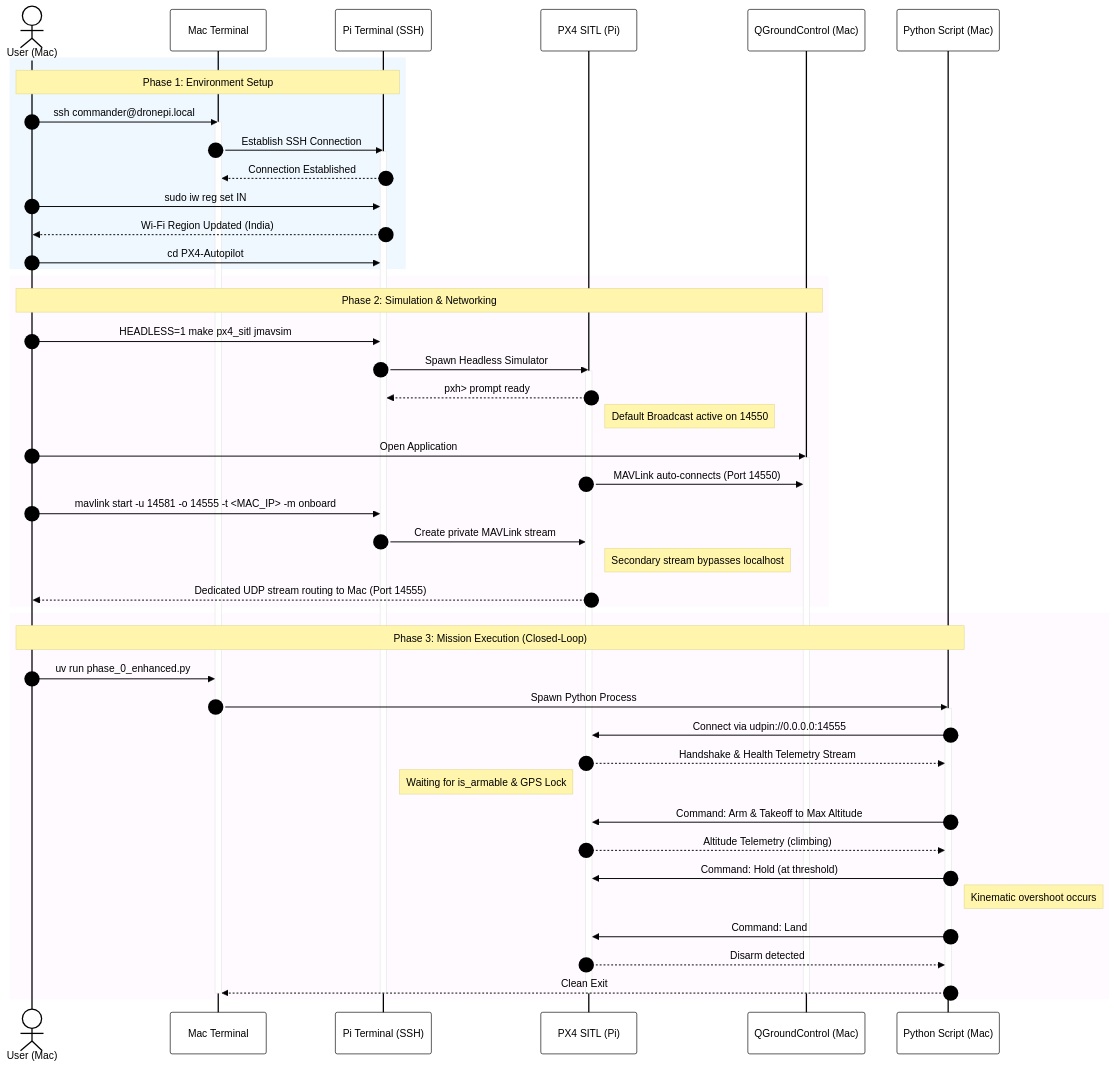
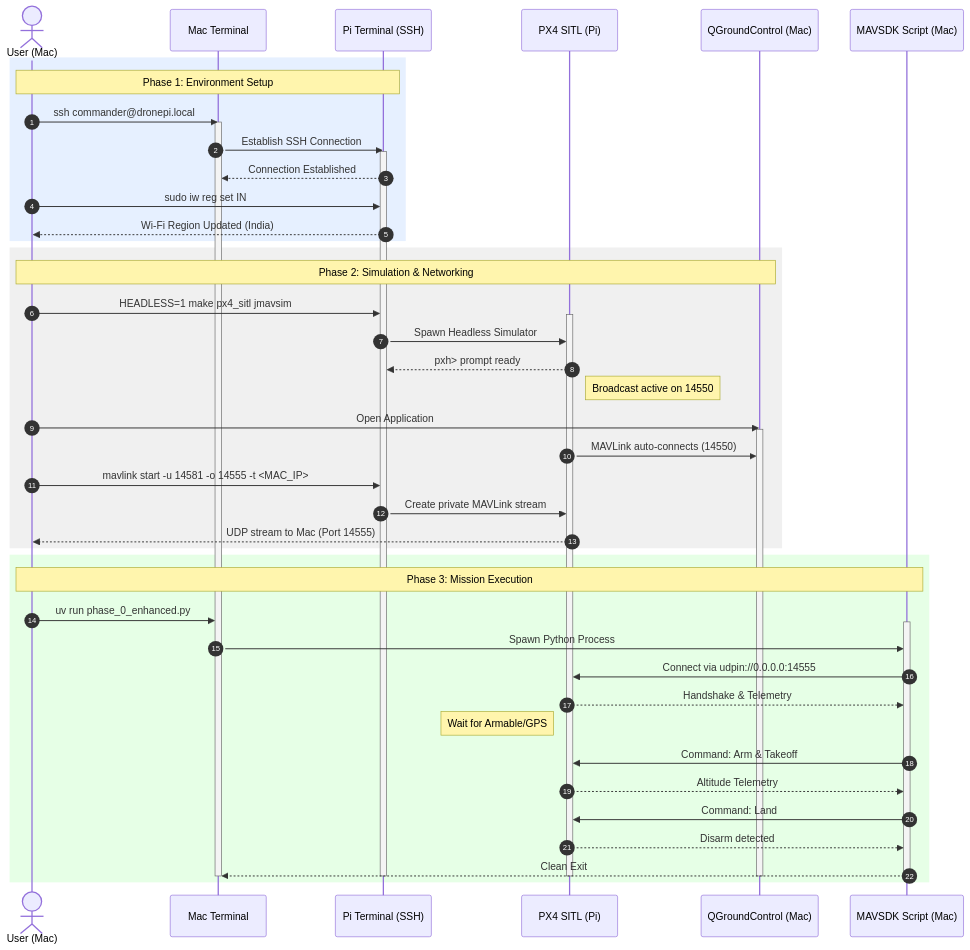
Before and after one commit to tejas-jm/mav-sortie: the diagram in README.md, drawn with Mermaid.

Commit message:
Mermaid Fixed In ReadME

````diff
--- a/README.md
+++ b/README.md
@@ -79,62 +79,61 @@
 ```mermaid
-%%{init: { 'theme': 'base', 'themeVariables': { 'primaryColor': '#ffffff', 'lineColor': '#FFFFFF', 'textColor': '#000000', 'mainBkg': '#ffffff', 'nodeBorder': '#000000', 'actorBorder': '#000000', 'actorBkg': '#ffffff', 'actorTextColor': '#000000', 'actorLineColor': '#000000', 'signalColor': '#000000', 'signalTextColor': '#000000', 'labelBoxBorderColor': '#000000', 'labelBoxBkgColor': '#ffffff', 'labelTextColor': '#000000', 'loopTextColor': '#000000', 'noteTextColor': '#000000', 'noteBkgColor': '#fff5ad' } } }%%
 sequenceDiagram
     autonumber
     
-    actor User as User (Mac)
-    participant MacTerm as Mac Terminal
-    participant PiTerm as Pi Terminal (SSH)
+    %% Use Actor/Participant aliases for cleaner logic
+    actor U as User (Mac)
+    participant MT as Mac Terminal
+    participant PT as Pi Terminal (SSH)
     participant PX4 as PX4 SITL (Pi)
     participant QGC as QGroundControl (Mac)
-    participant MAVSDK as Python Script (Mac)
+    participant PY as MAVSDK Script (Mac)
 
-    rect rgb(240, 248, 255)
-    Note over User, PiTerm: Phase 1: Environment Setup
-    User->>MacTerm: ssh commander@dronepi.local
-    activate MacTerm
-    MacTerm->>PiTerm: Establish SSH Connection
-    activate PiTerm
-    PiTerm-->>MacTerm: Connection Established
-    User->>PiTerm: sudo iw reg set IN
-    PiTerm-->>User: Wi-Fi Region Updated (India)
-    User->>PiTerm: cd PX4-Autopilot
+    %% Phase 1
+    rect rgb(230, 240, 255)
+    Note over U, PT: Phase 1: Environment Setup
+    U->>MT: ssh commander@dronepi.local
+    activate MT
+    MT->>PT: Establish SSH Connection
+    activate PT
+    PT-->>MT: Connection Established
+    U->>PT: sudo iw reg set IN
+    PT-->>U: Wi-Fi Region Updated (India)
     end
 
-    rect rgb(255, 250, 255)
-    Note over User, QGC: Phase 2: Simulation & Networking
-    User->>PiTerm: HEADLESS=1 make px4_sitl jmavsim
-    PiTerm->>PX4: Spawn Headless Simulator
+    %% Phase 2
+    rect rgb(240, 240, 240)
+    Note over U, QGC: Phase 2: Simulation & Networking
+    U->>PT: HEADLESS=1 make px4_sitl jmavsim
     activate PX4
-    PX4-->>PiTerm: pxh> prompt ready
-    Note right of PX4: Default Broadcast active on 14550
-    User->>QGC: Open Application
+    PT->>PX4: Spawn Headless Simulator
+    PX4-->>PT: pxh> prompt ready
+    Note right of PX4: Broadcast active on 14550
+    U->>QGC: Open Application
     activate QGC
-    PX4->>QGC: MAVLink auto-connects (Port 14550)
-    User->>PiTerm: mavlink start -u 14581 -o 14555 -t <MAC_IP> -m onboard
-    PiTerm->>PX4: Create private MAVLink stream
-    Note right of PX4: Secondary stream bypasses localhost
-    PX4-->>User: Dedicated UDP stream routing to Mac (Port 14555)
+    PX4->>QGC: MAVLink auto-connects (14550)
+    U->>PT: mavlink start -u 14581 -o 14555 -t <MAC_IP>
+    PT->>PX4: Create private MAVLink stream
+    PX4-->>U: UDP stream to Mac (Port 14555)
     end
 
-    rect rgb(255, 250, 255)
-    Note over User, MAVSDK: Phase 3: Mission Execution (Closed-Loop)
-    User->>MacTerm: uv run phase_0_enhanced.py
-    MacTerm->>MAVSDK: Spawn Python Process
-    activate MAVSDK
-    MAVSDK->>PX4: Connect via udpin://0.0.0.0:14555
-    PX4-->>MAVSDK: Handshake & Health Telemetry Stream
-    Note left of PX4: Waiting for is_armable & GPS Lock
-    MAVSDK->>PX4: Command: Arm & Takeoff to Max Altitude
-    PX4-->>MAVSDK: Altitude Telemetry (climbing)
-    MAVSDK->>PX4: Command: Hold (at threshold)
-    Note right of MAVSDK: Kinematic overshoot occurs
-    MAVSDK->>PX4: Command: Land
-    PX4-->>MAVSDK: Disarm detected
-    MAVSDK-->>MacTerm: Clean Exit
-    deactivate MAVSDK
+    %% Phase 3
+    rect rgb(230, 255, 230)
+    Note over U, PY: Phase 3: Mission Execution
+    U->>MT: uv run phase_0_enhanced.py
+    activate PY
+    MT->>PY: Spawn Python Process
+    PY->>PX4: Connect via udpin://0.0.0.0:14555
+    PX4-->>PY: Handshake & Telemetry
+    Note left of PX4: Wait for Armable/GPS
+    PY->>PX4: Command: Arm & Takeoff
+    PX4-->>PY: Altitude Telemetry
+    PY->>PX4: Command: Land
+    PX4-->>PY: Disarm detected
+    PY-->>MT: Clean Exit
+    deactivate PY
     deactivate QGC
     deactivate PX4
-    deactivate PiTerm
-    deactivate MacTerm
+    deactivate PT
+    deactivate MT
     end
 ```
````
